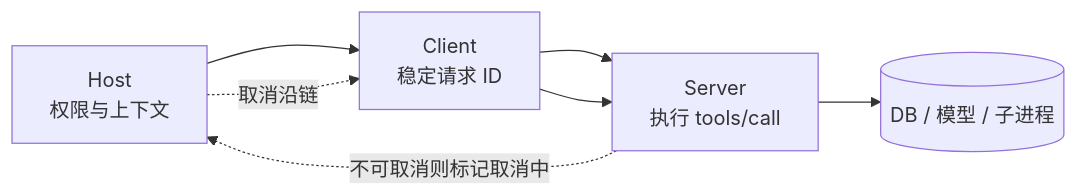
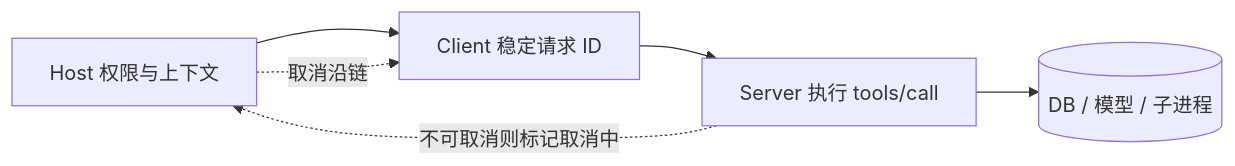
One commit to yukino-js/26autumn changed the second of 2 diagrams in content/interview/fundamentals/agent-and-mcp.md. Above: the diagram before and after it, drawn with Mermaid. The commit also changed other lines of this file and 1 other file, not shown here.

````diff
--- a/content/interview/fundamentals/agent-and-mcp.md
+++ b/content/interview/fundamentals/agent-and-mcp.md
@@ -187,8 +178,6 @@
 ```mermaid
 flowchart LR
-  H["Host<br/>权限与上下文"] --> C["Client<br/>稳定请求 ID"]
-  C --> S["Server<br/>执行 tools/call"]
-  S --> D[("DB / 模型 / 子进程")]
-  H -. "取消沿链" .-> C --> S
+  H["Host 权限与上下文"] --> C["Client 稳定请求 ID"] --> S["Server 执行 tools/call"] --> D[("DB / 模型 / 子进程")]
+  H -. "取消沿链" .-> C
   S -. "不可取消则标记取消中" .-> H
 ```
````
